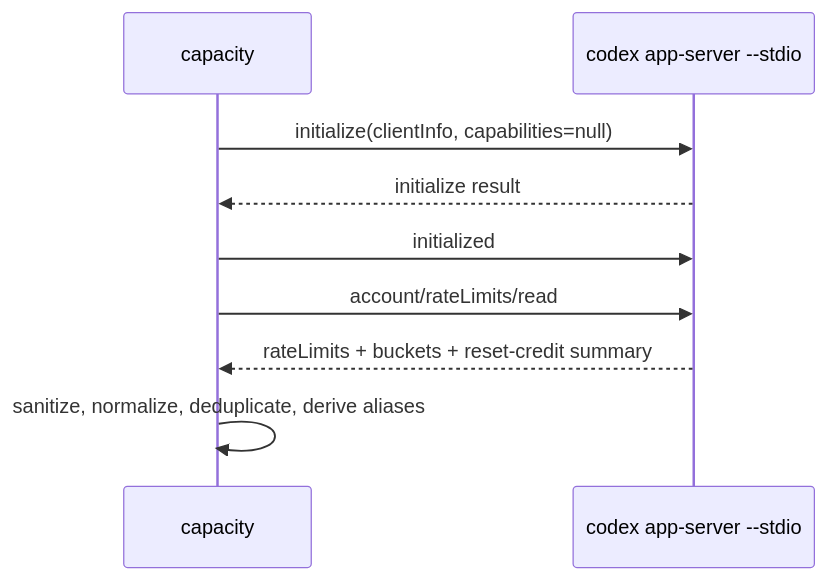
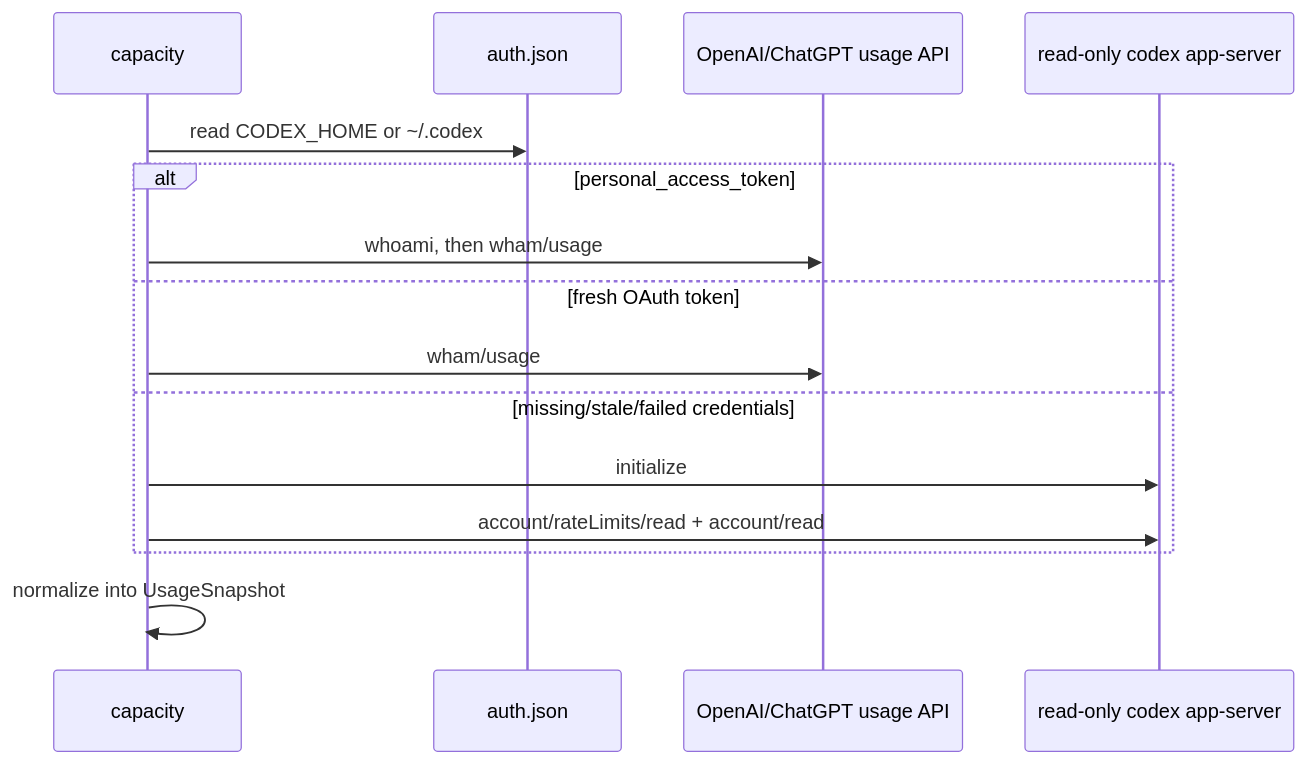
The second of 2 diagrams in docs/ai/design/2026-08-09-feature-capacity-command.md (codeaholicguy/ai-devkit), drawn with Mermaid before and after one commit. The commit also changed other lines of this file and 4 other files, not shown here.

````diff
--- a/docs/ai/design/2026-08-09-feature-capacity-command.md
+++ b/docs/ai/design/2026-08-09-feature-capacity-command.md
@@ -104,11 +106,17 @@
 ```mermaid
 sequenceDiagram
   participant C as capacity
-  participant A as codex app-server --stdio
-  C->>A: initialize(clientInfo, capabilities=null)
-  A-->>C: initialize result
-  C->>A: initialized
-  C->>A: account/rateLimits/read
-  A-->>C: rateLimits + buckets + reset-credit summary
-  C->>C: sanitize, normalize, deduplicate, derive aliases
+  participant F as auth.json
+  participant H as OpenAI/ChatGPT usage API
+  participant A as read-only codex app-server
+  C->>F: read CODEX_HOME or ~/.codex
+  alt personal_access_token
+    C->>H: whoami, then wham/usage
+  else fresh OAuth token
+    C->>H: wham/usage
+  else missing/stale/failed credentials
+    C->>A: initialize
+    C->>A: account/rateLimits/read + account/read
+  end
+  C->>C: normalize into UsageSnapshot
 ```
````
